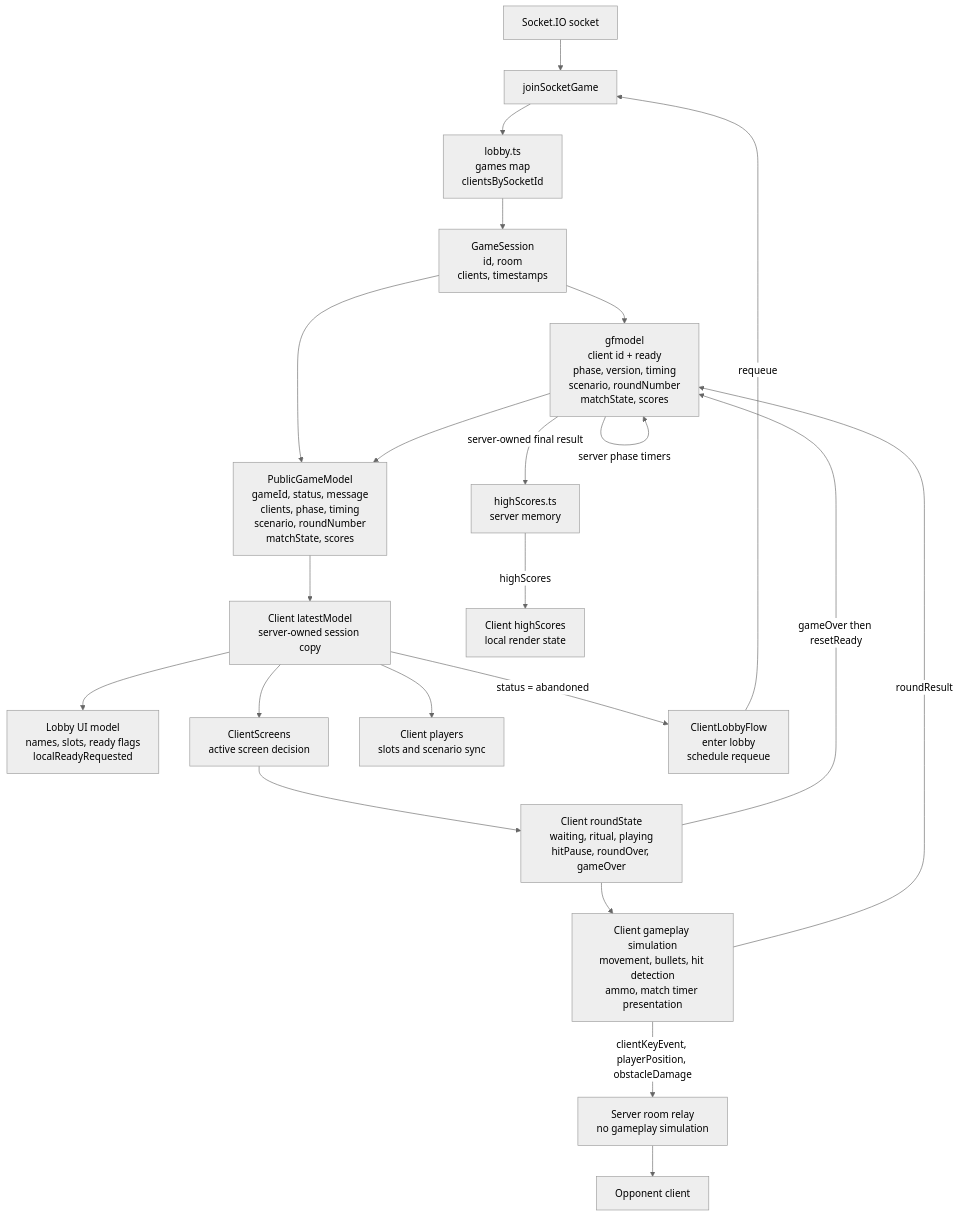
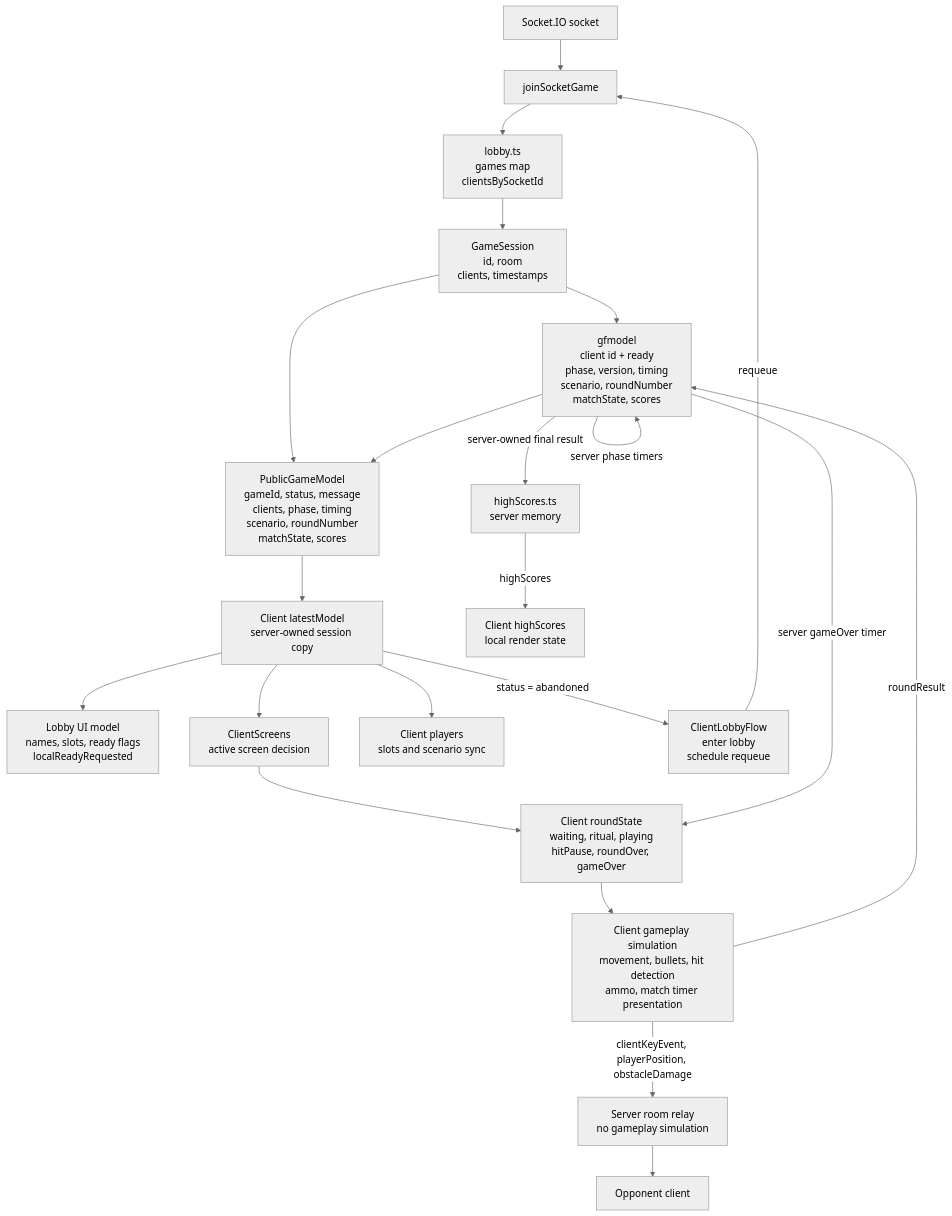
The first of 2 diagrams in documentation/Connection-state-model.md (mkjems/gunfight), drawn with Mermaid (neutral theme) before and after one commit. The commit also changed other lines of this file and 13 other files, not shown here.

Commit message:
server: move game-over return timing into lifecycle model

````diff
--- a/documentation/Connection-state-model.md
+++ b/documentation/Connection-state-model.md
@@ -23,30 +23,30 @@
 ```mermaid
 flowchart TD
     Socket["Socket.IO socket"] --> Join["joinSocketGame"]
     Join --> Lobby["lobby.ts<br/>games map<br/>clientsBySocketId"]
 
     Lobby --> Session["GameSession<br/>id, room<br/>clients, timestamps"]
     Session --> Gfmodel["gfmodel<br/>client id + ready<br/>phase, version, timing<br/>scenario, roundNumber<br/>matchState, scores"]
     Session --> PublicModel["PublicGameModel<br/>gameId, status, message<br/>clients, phase, timing<br/>scenario, roundNumber<br/>matchState, scores"]
     Gfmodel --> PublicModel
 
     PublicModel --> LatestModel["Client latestModel<br/>server-owned session copy"]
     LatestModel --> LobbyUi["Lobby UI model<br/>names, slots, ready flags<br/>localReadyRequested"]
     LatestModel --> ClientScreens["ClientScreens<br/>active screen decision"]
     LatestModel --> ClientPlayers["Client players<br/>slots and scenario sync"]
 
     ClientScreens --> RoundState["Client roundState<br/>waiting, ritual, playing<br/>hitPause, roundOver, gameOver"]
     RoundState --> Gameplay["Client gameplay simulation<br/>movement, bullets, hit detection<br/>ammo, match timer presentation"]
 
     Gameplay -->|"clientKeyEvent, playerPosition, obstacleDamage"| Relay["Server room relay<br/>no gameplay simulation"]
     Relay --> Opponent["Opponent client"]
 
     Gameplay -->|"roundResult"| Gfmodel
     Gfmodel -->|"server phase timers"| Gfmodel
     Gfmodel -->|"server-owned final result"| Scores["highScores.ts<br/>server memory"]
     Scores -->|"highScores"| ClientHighScores["Client highScores<br/>local render state"]
 
-    RoundState -->|"gameOver then resetReady"| Gfmodel
+    Gfmodel -->|"server gameOver timer"| RoundState
     LatestModel -->|"status = abandoned"| Abandoned["ClientLobbyFlow<br/>enter lobby<br/>schedule requeue"]
     Abandoned -->|"requeue"| Join
 ```
````
